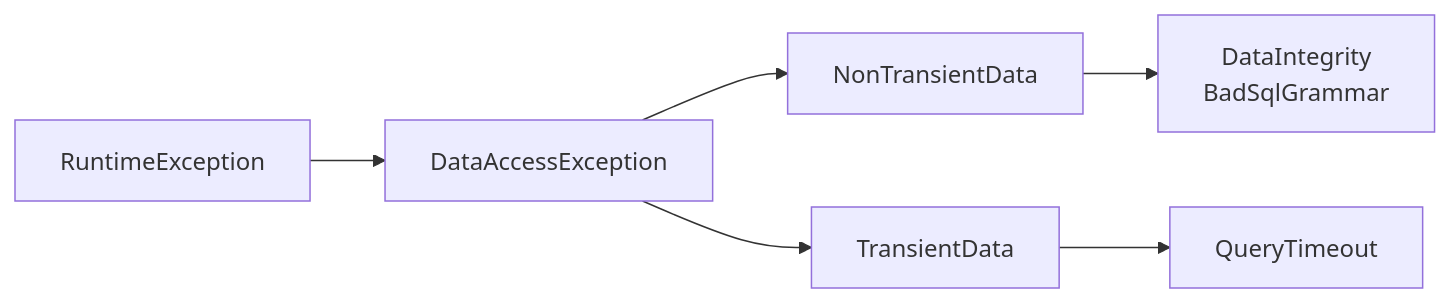
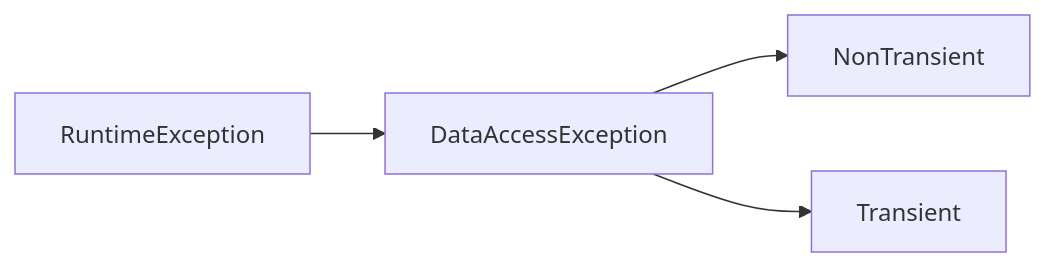
Before and after one commit to yjkim2015/yjkim2015.github.io: the ninth of 11 diagrams in _posts/spring/2026-05-02-spring-db-1.md, drawn with Mermaid. The commit also changed other lines of this file and 163 other files, not shown here.

First line of the commit message:
Mermaid 300개 블록 내용 축소: 5노드 5엣지 이하, 의미 있는 약어

````diff
--- a/_posts/spring/2026-05-02-spring-db-1.md
+++ b/_posts/spring/2026-05-02-spring-db-1.md
@@ -487,8 +486,6 @@
 ```mermaid
 graph LR
-    A["RuntimeException"] --> B["DataAccessException"]
-    B --> C["NonTransientData"]
-    B --> D["TransientData"]
-    C --> E["DataIntegrity\nBadSqlGrammar"]
-    D --> H["QueryTimeout"]
+    A[RuntimeException] --> B[DataAccessException]
+    B --> C[NonTransient]
+    B --> D[Transient]
 ```
````
